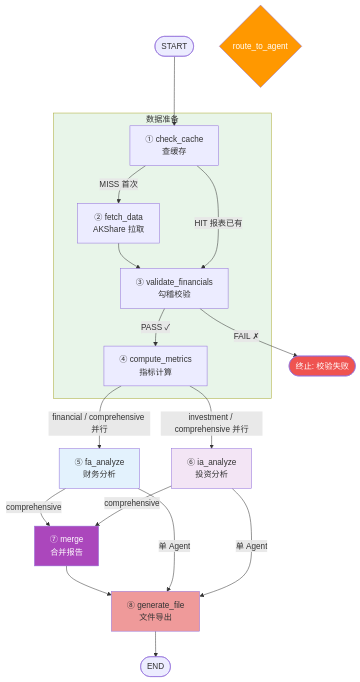
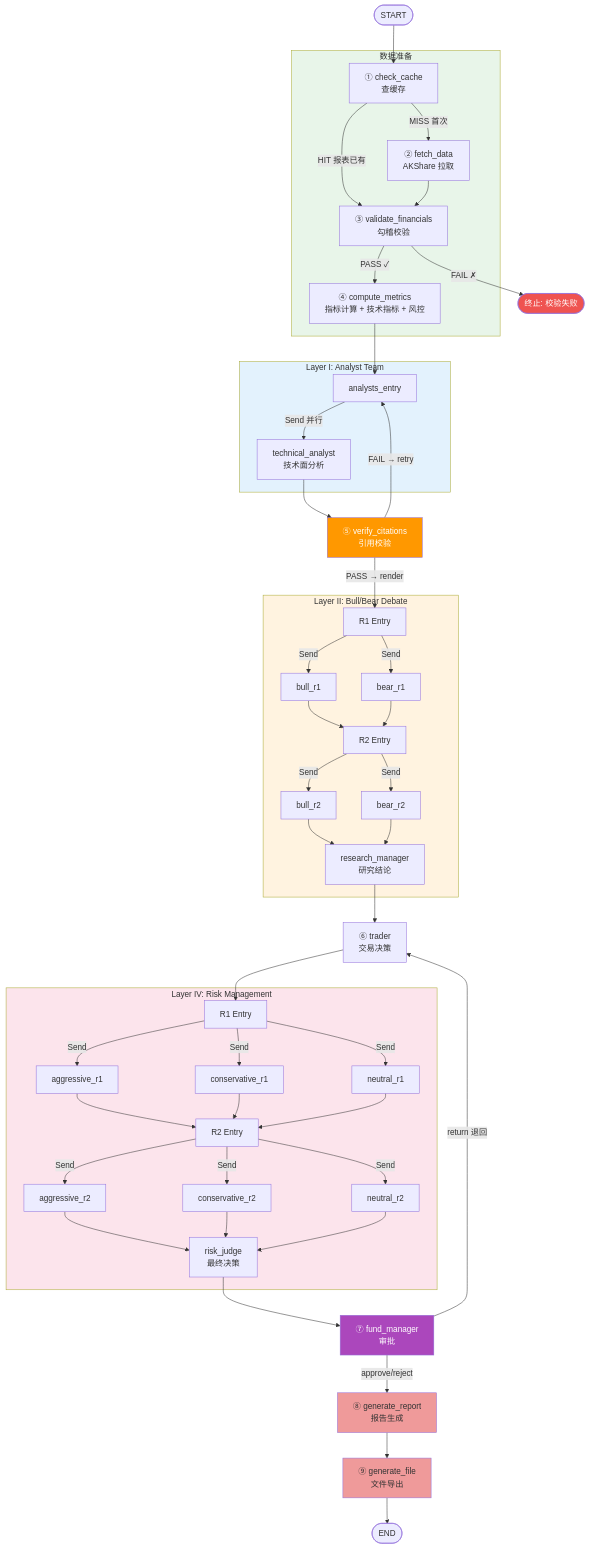
The diagram in docs/assets/graph.mmd (closure-guo/finance_analysis_agent), drawn with Mermaid before and after one commit. The commit also changed 96 other files, not shown here.

Commit message:
feat: 实现 5 层多 Agent 投研管线 (analysts/debate/risk/trader/fund_manager/report) 及配套测试

```diff
--- a/docs/assets/graph.mmd
+++ b/docs/assets/graph.mmd
@@ -1,47 +1,108 @@
 flowchart TD
 
     START([START]) --> check_cache
 
     subgraph PREP[数据准备]
         check_cache["① check_cache<br/>查缓存"]
         fetch_data["② fetch_data<br/>AKShare 拉取"]
         validate_financials["③ validate_financials<br/>勾稽校验"]
-        compute_metrics["④ compute_metrics<br/>指标计算"]
+        compute_metrics["④ compute_metrics<br/>指标计算 + 技术指标 + 风控"]
     end
 
-    Route{"route_to_agent"}
-    fa_analyze["⑤ fa_analyze<br/>财务分析"]
-    ia_analyze["⑥ ia_analyze<br/>投资分析"]
-    merge["⑦ merge<br/>合并报告"]
-    generate_file["⑧ generate_file<br/>文件导出"]
+    subgraph LayerI[Layer I: Analyst Team]
+        analysts_entry["analysts_entry"]
+        technical_analyst["technical_analyst<br/>技术面分析"]
+    end
+
+    verify_citations["⑤ verify_citations<br/>引用校验"]
+
+    subgraph LayerII[Layer II: Bull/Bear Debate]
+        debate_r1_entry["R1 Entry"]
+        bull_r1["bull_r1"]
+        bear_r1["bear_r1"]
+        debate_r2_entry["R2 Entry"]
+        bull_r2["bull_r2"]
+        bear_r2["bear_r2"]
+        research_manager["research_manager<br/>研究结论"]
+    end
+
+    trader["⑥ trader<br/>交易决策"]
+
+    subgraph LayerIV[Layer IV: Risk Management]
+        risk_r1_entry["R1 Entry"]
+        aggressive_r1["aggressive_r1"]
+        conservative_r1["conservative_r1"]
+        neutral_r1["neutral_r1"]
+        risk_r2_entry["R2 Entry"]
+        aggressive_r2["aggressive_r2"]
+        conservative_r2["conservative_r2"]
+        neutral_r2["neutral_r2"]
+        risk_judge["risk_judge<br/>最终决策"]
+    end
+
+    fund_manager["⑦ fund_manager<br/>审批"]
+    generate_report["⑧ generate_report<br/>报告生成"]
+    generate_file["⑨ generate_file<br/>文件导出"]
     END([END])
     END_ERR([终止: 校验失败])
 
-    %% 静态边
+    %% PREP 边
+    check_cache -->|"MISS 首次"| fetch_data
+    check_cache -->|"HIT 报表已有"| validate_financials
     fetch_data --> validate_financials
-    merge --> generate_file
+    validate_financials -->|"FAIL ✗"| END_ERR
+    validate_financials -->|"PASS ✓"| compute_metrics
+    compute_metrics --> analysts_entry
+
+    %% Layer I
+    analysts_entry -->|"Send 并行"| technical_analyst
+    technical_analyst --> verify_citations
+
+    %% Citation 条件路由
+    verify_citations -->|"PASS → render"| debate_r1_entry
+    verify_citations -->|"FAIL → retry"| analysts_entry
+
+    %% Layer II Debate
+    debate_r1_entry -->|"Send"| bull_r1
+    debate_r1_entry -->|"Send"| bear_r1
+    bull_r1 --> debate_r2_entry
+    bear_r1 --> debate_r2_entry
+    debate_r2_entry -->|"Send"| bull_r2
+    debate_r2_entry -->|"Send"| bear_r2
+    bull_r2 --> research_manager
+    bear_r2 --> research_manager
+
+    %% Layer III
+    research_manager --> trader
+
+    %% Layer IV Risk
+    trader --> risk_r1_entry
+    risk_r1_entry -->|"Send"| aggressive_r1
+    risk_r1_entry -->|"Send"| conservative_r1
+    risk_r1_entry -->|"Send"| neutral_r1
+    aggressive_r1 --> risk_r2_entry
+    conservative_r1 --> risk_r2_entry
+    neutral_r1 --> risk_r2_entry
+    risk_r2_entry -->|"Send"| aggressive_r2
+    risk_r2_entry -->|"Send"| conservative_r2
+    risk_r2_entry -->|"Send"| neutral_r2
+    aggressive_r2 --> risk_judge
+    conservative_r2 --> risk_judge
+    neutral_r2 --> risk_judge
+
+    %% Layer V + Report
+    risk_judge --> fund_manager
+    fund_manager -->|"approve/reject"| generate_report
+    fund_manager -->|"return 退回"| trader
+    generate_report --> generate_file
     generate_file --> END
 
-    %% 条件边 — 数据准备
-    check_cache -->|"MISS 首次"| fetch_data
-    check_cache -->|"HIT 报表已有"| validate_financials
-    validate_financials -->|"FAIL ✗"| END_ERR
-    validate_financials -->|"PASS ✓"| compute_metrics
-
-    %% 条件边 — Agent 路由
-    compute_metrics -->|"financial / comprehensive 并行"| fa_analyze
-    compute_metrics -->|"investment / comprehensive 并行"| ia_analyze
-
-    %% 条件边 — Agent 后处理
-    fa_analyze -->|"单 Agent"| generate_file
-    fa_analyze -->|"comprehensive"| merge
-    ia_analyze -->|"单 Agent"| generate_file
-    ia_analyze -->|"comprehensive"| merge
-
     style PREP fill:#e8f5e9
-    style Route fill:#ff9800,color:#fff
-    style fa_analyze fill:#e3f2fd
-    style ia_analyze fill:#f3e5f5
-    style merge fill:#ab47bc,color:#fff
+    style LayerI fill:#e3f2fd
+    style LayerII fill:#fff3e0
+    style LayerIV fill:#fce4ec
+    style verify_citations fill:#ff9800,color:#fff
+    style fund_manager fill:#ab47bc,color:#fff
+    style generate_report fill:#ef9a9a
     style generate_file fill:#ef9a9a
     style END_ERR fill:#ef5350,color:#fff
```
